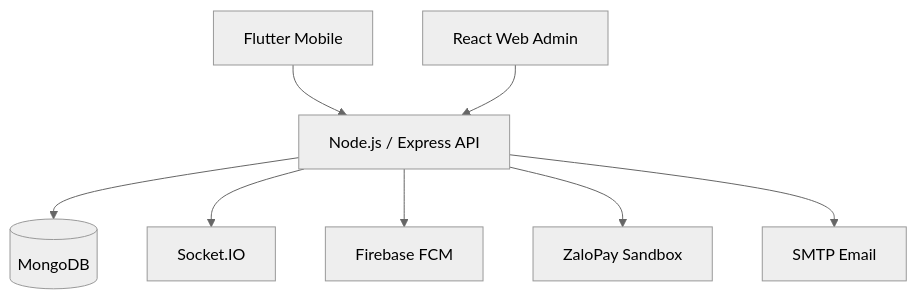
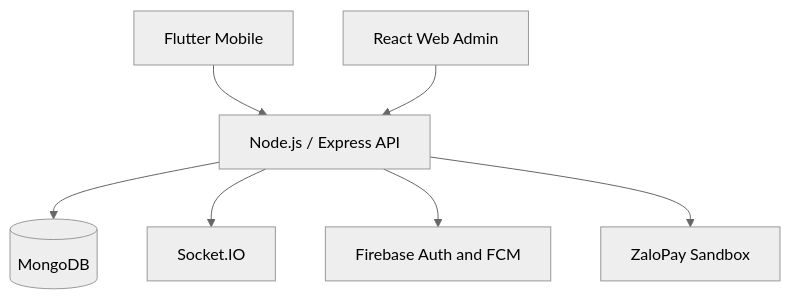
One commit to huuanh2512/DoAnTotNghiep changed the diagram in README.md. Above: the diagram before and after it, drawn with Mermaid (neutral theme). The commit also changed other lines of this file and 4 other files, not shown here.

````diff
--- a/README.md
+++ b/README.md
@@ -27,19 +28,17 @@
 ```mermaid
 flowchart TD
     Mobile[Flutter Mobile]
     Web[React Web Admin]
     API[Node.js / Express API]
     DB[(MongoDB)]
     Realtime[Socket.IO]
-    FCM[Firebase FCM]
+    Firebase[Firebase Auth and FCM]
     Pay[ZaloPay Sandbox]
-    Mail[SMTP Email]
 
     Mobile --> API
     Web --> API
     API --> DB
     API --> Realtime
-    API --> FCM
+    API --> Firebase
     API --> Pay
-    API --> Mail
 ```
````
